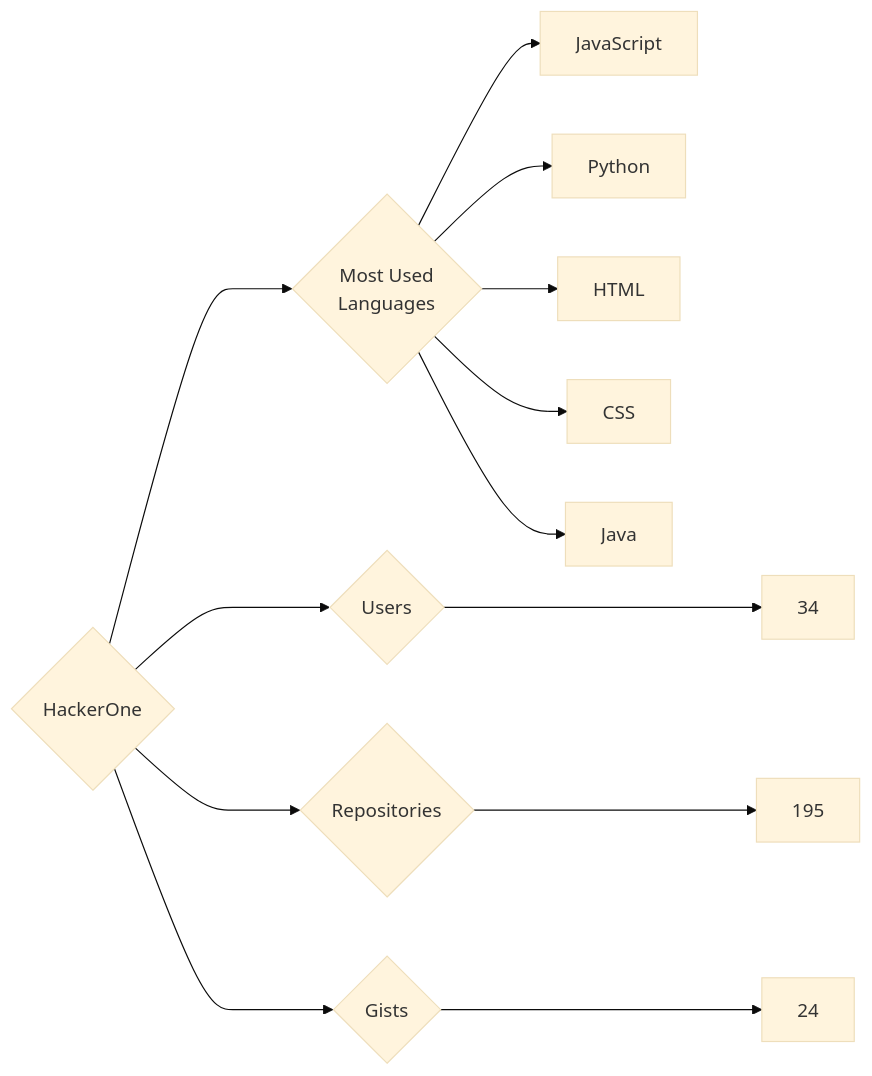
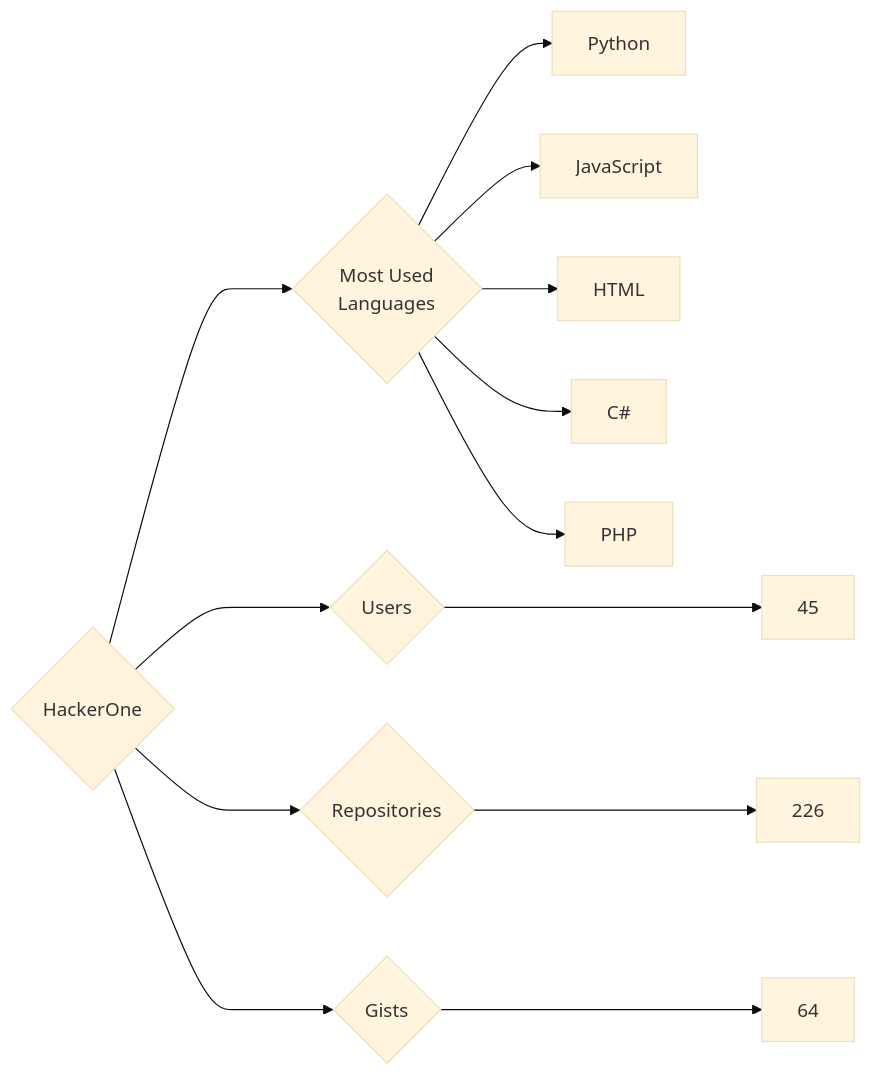
One commit to trickest/insiders changed the diagram in targets/HackerOne/README.md. Above: the diagram before and after it, drawn with Mermaid (base theme). The commit also changed 757 other files, not shown here.

````diff
--- a/targets/HackerOne/README.md
+++ b/targets/HackerOne/README.md
@@ -3,13 +3,13 @@
 ```mermaid
 graph LR
 COMPANY_NAME{HackerOne}
-COMPANY_NAME ---> U{Users} ---> UN[34]
-COMPANY_NAME ---> R{Repositories} ---> RN[195]
-COMPANY_NAME ---> G{Gists} ---> GN[24]
+COMPANY_NAME ---> U{Users} ---> UN[45]
+COMPANY_NAME ---> R{Repositories} ---> RN[226]
+COMPANY_NAME ---> G{Gists} ---> GN[64]
 COMPANY_NAME ---> ML{Most Used<br>Languages}
+ML --> Python[Python]
 ML --> JavaScript[JavaScript]
-ML --> Python[Python]
 ML --> HTML[HTML]
-ML --> CSS[CSS]
-ML --> Java[Java]
+ML --> C#[C#]
+ML --> PHP[PHP]
 ```
````
